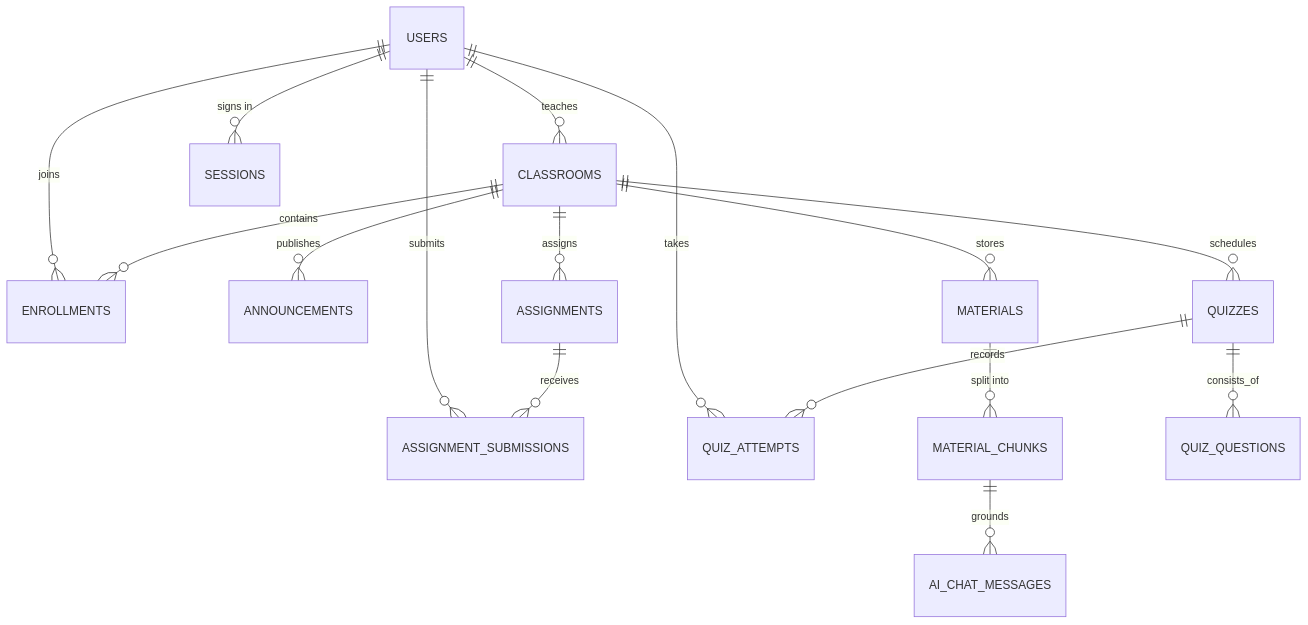
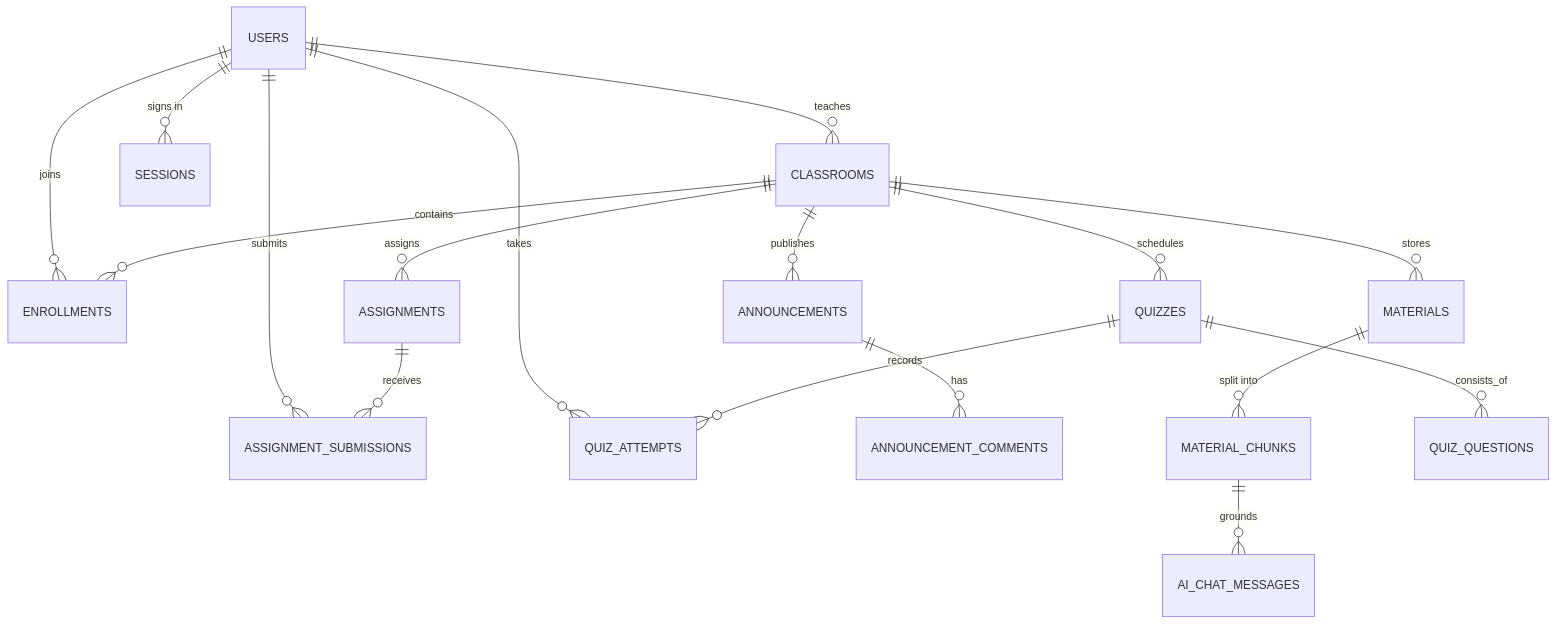
The fourth of 5 diagrams in docs/PRD.md (BootlegYouki/L.A.R.A), drawn with Mermaid before and after one commit. The commit also changed other lines of this file and 9 other files, not shown here.

````diff
--- a/docs/PRD.md
+++ b/docs/PRD.md
@@ -289,20 +289,21 @@
 ```mermaid
 erDiagram
  USERS ||--o{ CLASSROOMS : "teaches"
  USERS ||--o{ ENROLLMENTS : "joins"
  USERS ||--o{ ASSIGNMENT_SUBMISSIONS : "submits"
  USERS ||--o{ QUIZ_ATTEMPTS : "takes"
  USERS ||--o{ SESSIONS : "signs in"
 
  CLASSROOMS ||--o{ ENROLLMENTS : "contains"
  CLASSROOMS ||--o{ ANNOUNCEMENTS : "publishes"
  CLASSROOMS ||--o{ MATERIALS : "stores"
  CLASSROOMS ||--o{ ASSIGNMENTS : "assigns"
  CLASSROOMS ||--o{ QUIZZES : "schedules"
 
+ ANNOUNCEMENTS ||--o{ ANNOUNCEMENT_COMMENTS : "has"
  MATERIALS ||--o{ MATERIAL_CHUNKS : "split into"
  ASSIGNMENTS ||--o{ ASSIGNMENT_SUBMISSIONS : "receives"
  QUIZZES ||--o{ QUIZ_QUESTIONS : "consists_of"
  QUIZZES ||--o{ QUIZ_ATTEMPTS : "records"
  MATERIAL_CHUNKS ||--o{ AI_CHAT_MESSAGES : "grounds"
 ```
````
